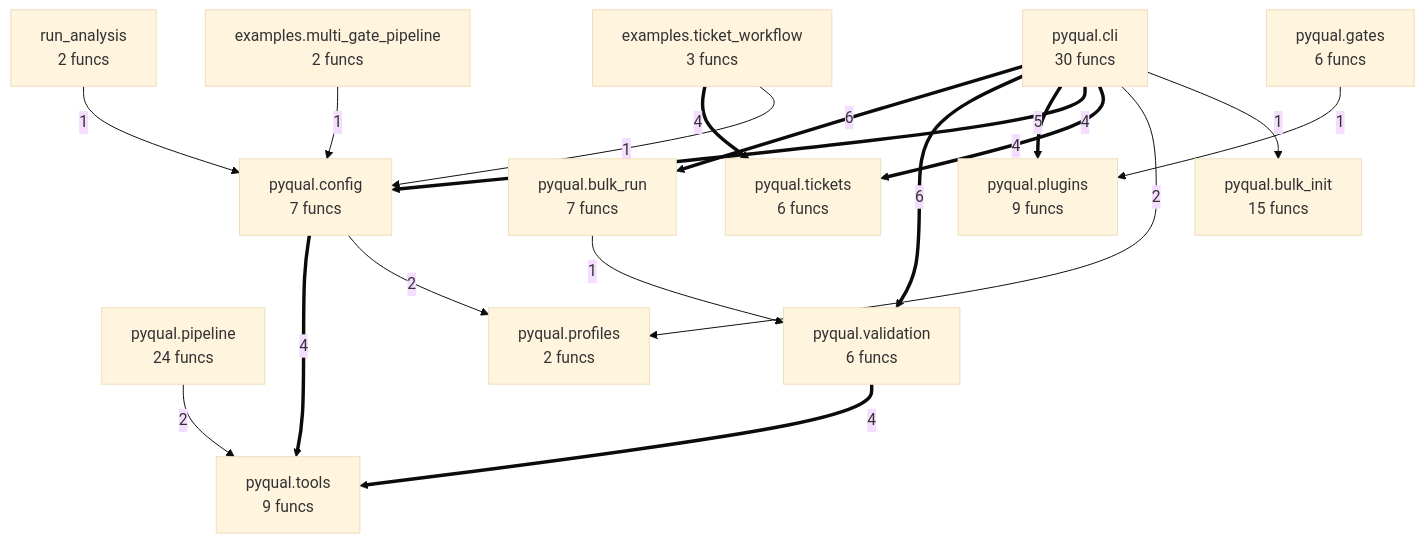
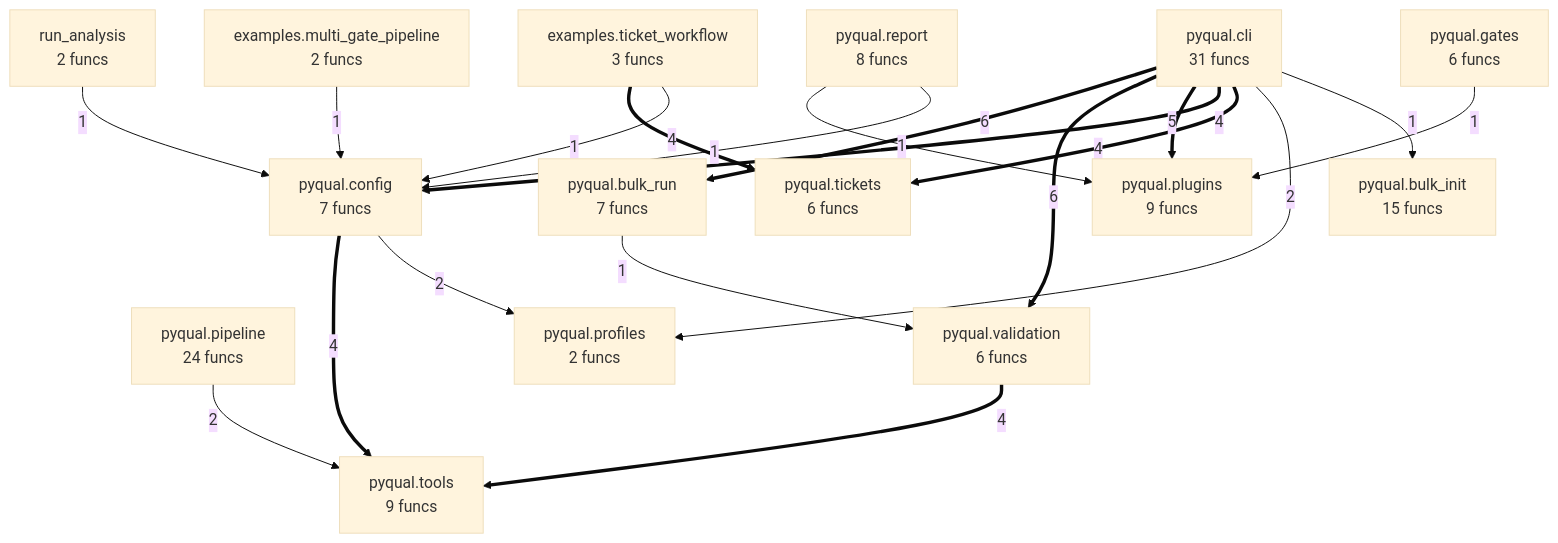
One commit to semcod/pyqual changed the diagram in project/compact_flow.mmd. Above: the diagram before and after it, drawn with Mermaid (base theme). The commit also changed 26 other files, not shown here.

```diff
--- a/project/compact_flow.mmd
+++ b/project/compact_flow.mmd
@@ -1,32 +1,35 @@
 flowchart TD
     examples__multi_gate_pipeline["examples.multi_gate_pipeline<br/>2 funcs"]
     examples__ticket_workflow["examples.ticket_workflow<br/>3 funcs"]
     pyqual__bulk_init["pyqual.bulk_init<br/>15 funcs"]
     pyqual__bulk_run["pyqual.bulk_run<br/>7 funcs"]
-    pyqual__cli["pyqual.cli<br/>30 funcs"]
+    pyqual__cli["pyqual.cli<br/>31 funcs"]
     pyqual__config["pyqual.config<br/>7 funcs"]
     pyqual__gates["pyqual.gates<br/>6 funcs"]
     pyqual__pipeline["pyqual.pipeline<br/>24 funcs"]
     pyqual__plugins["pyqual.plugins<br/>9 funcs"]
     pyqual__profiles["pyqual.profiles<br/>2 funcs"]
+    pyqual__report["pyqual.report<br/>8 funcs"]
     pyqual__tickets["pyqual.tickets<br/>6 funcs"]
     pyqual__tools["pyqual.tools<br/>9 funcs"]
     pyqual__validation["pyqual.validation<br/>6 funcs"]
     run_analysis["run_analysis<br/>2 funcs"]
     pyqual__cli ==>|6| pyqual__bulk_run
     pyqual__cli ==>|6| pyqual__validation
     pyqual__cli ==>|5| pyqual__plugins
     examples__ticket_workflow ==>|4| pyqual__tickets
     pyqual__config ==>|4| pyqual__tools
     pyqual__cli ==>|4| pyqual__config
     pyqual__cli ==>|4| pyqual__tickets
     pyqual__validation ==>|4| pyqual__tools
     pyqual__config -->|2| pyqual__profiles
     pyqual__cli -->|2| pyqual__profiles
     pyqual__pipeline -->|2| pyqual__tools
     run_analysis -->|1| pyqual__config
+    examples__ticket_workflow -->|1| pyqual__config
     examples__multi_gate_pipeline -->|1| pyqual__config
-    examples__ticket_workflow -->|1| pyqual__config
     pyqual__gates -->|1| pyqual__plugins
     pyqual__cli -->|1| pyqual__bulk_init
+    pyqual__report -->|1| pyqual__plugins
+    pyqual__report -->|1| pyqual__config
     pyqual__bulk_run -->|1| pyqual__validation
```
